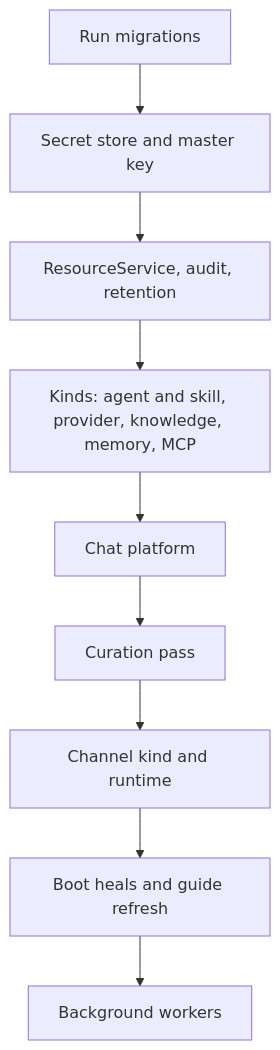
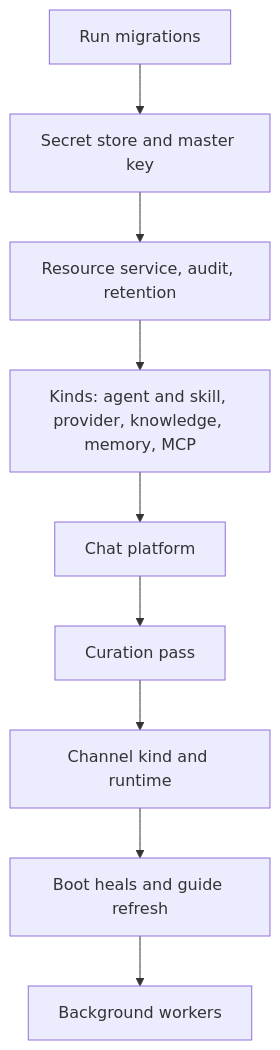
One commit to wyx-sg/Coffer changed the second of 2 diagrams in docs-site/architecture/layering.md. Above: the diagram before and after it, drawn with Mermaid. The commit also changed other lines of this file and 29 other files, not shown here.

First line of the commit message:
docs(site): explain the architecture in plain terms, without source detail

````diff
--- a/docs-site/architecture/layering.md
+++ b/docs-site/architecture/layering.md
@@ -93,11 +84,11 @@
 ```mermaid
 flowchart TB
   M["Run migrations"] --> C["Secret store and master key"]
-  C --> R["ResourceService, audit, retention"]
+  C --> R["Resource service, audit, retention"]
   R --> K["Kinds: agent and skill, provider, knowledge, memory, MCP"]
   K --> CH["Chat platform"]
   CH --> CU["Curation pass"]
   CU --> CN["Channel kind and runtime"]
   CN --> H["Boot heals and guide refresh"]
   H --> W["Background workers"]
 ```
````
